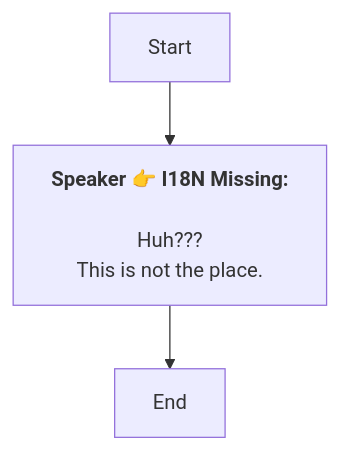
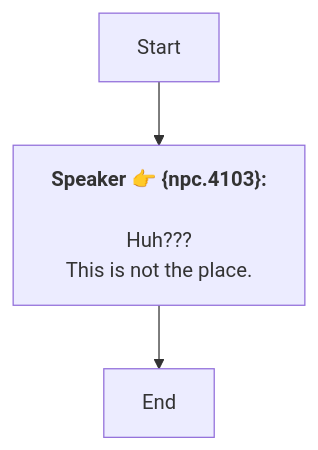
The diagram in En/QuestStartTalkENode_1741647454314757.md (SoftHu/tos_avg), drawn with Mermaid before and after one commit. The commit also changed 297 other files, not shown here.

````diff
--- a/En/QuestStartTalkENode_1741647454314757.md
+++ b/En/QuestStartTalkENode_1741647454314757.md
@@ -1,9 +1,9 @@
 ```mermaid
 graph
-Start -->1741647485986065[<b>Speaker 👉 I18N Missing:</b>
+Start -->1741647485986065[<b>Speaker 👉 &lbrace;npc.4103&rbrace;:</b>
 
 Huh???
 This is not the place.]
 1741647485986065 -->1741647538665757[End]
 
  ```
````
